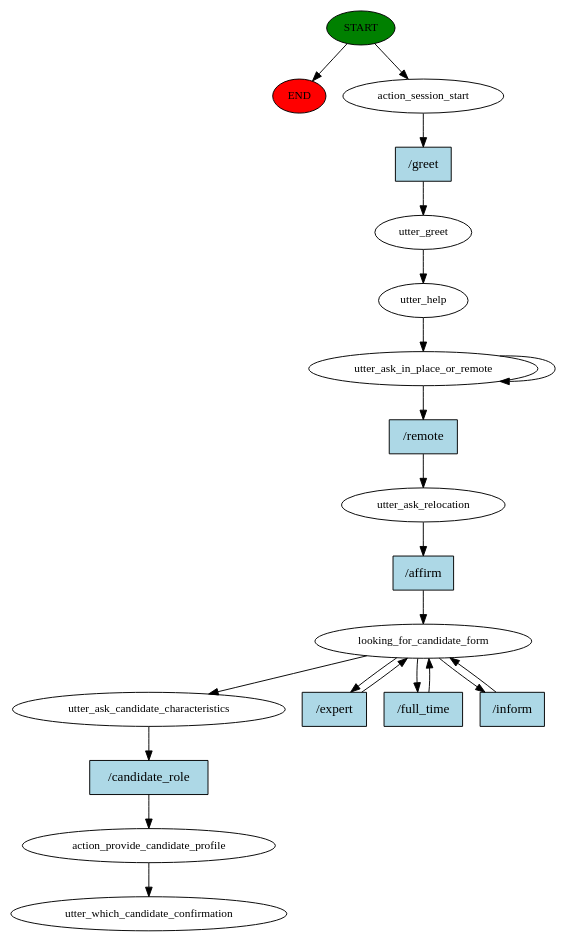
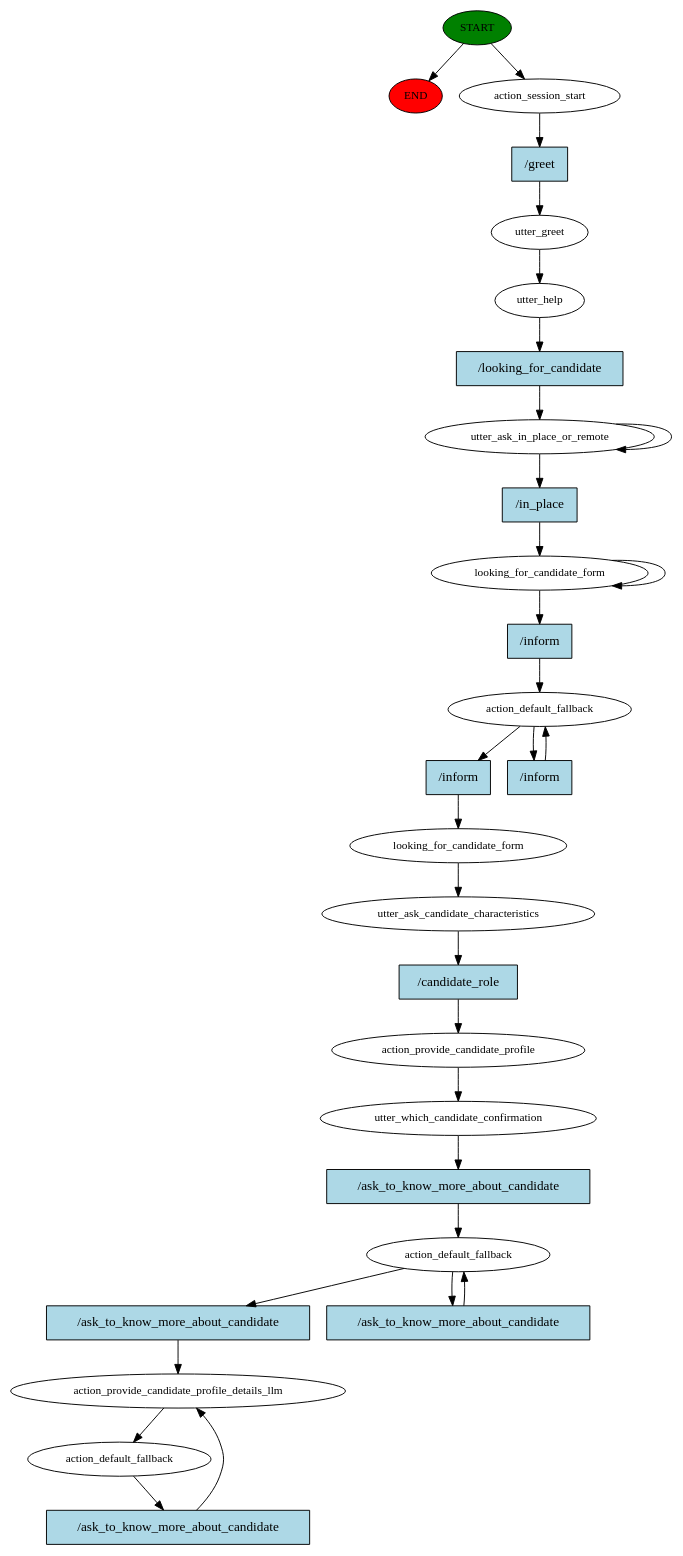
Before and after one commit to r1cc4r2o/Jobify: the diagram in src/story_graph.dot, drawn with Graphviz. The commit also changed 4 other files, not shown here.

```diff
--- a/src/story_graph.dot
+++ b/src/story_graph.dot
@@ -1,41 +1,58 @@
 digraph  {
 0 [class="start active", fillcolor=green, fontsize=12, label=START, style=filled];
 "-1" [class=end, fillcolor=red, fontsize=12, label=END, style=filled];
 1 [class=active, fontsize=12, label=action_session_start];
 2 [class=active, fontsize=12, label=utter_greet];
 3 [class=active, fontsize=12, label=utter_help];
 4 [class=active, fontsize=12, label=utter_ask_in_place_or_remote];
-6 [class=active, fontsize=12, label=utter_ask_relocation];
-7 [class=active, fontsize=12, label=looking_for_candidate_form];
-11 [class=active, fontsize=12, label=utter_ask_candidate_characteristics];
-12 [class=active, fontsize=12, label=action_provide_candidate_profile];
-13 [class="dashed active", fontsize=12, label=utter_which_candidate_confirmation];
-14 [class="intent active", fillcolor=lightblue, label="/greet", shape=rect, style=filled];
-15 [class="intent active", fillcolor=lightblue, label="/remote", shape=rect, style=filled];
-16 [class="intent active", fillcolor=lightblue, label="/affirm", shape=rect, style=filled];
-17 [class="intent active", fillcolor=lightblue, label="/expert", shape=rect, style=filled];
-18 [class="intent active", fillcolor=lightblue, label="/full_time", shape=rect, style=filled];
-19 [class="intent active", fillcolor=lightblue, label="/inform", shape=rect, style=filled];
-20 [class="intent active", fillcolor=lightblue, label="/candidate_role", shape=rect, style=filled];
+6 [class=active, fontsize=12, label=looking_for_candidate_form];
+10 [class=active, fontsize=12, label=action_default_fallback];
+12 [class=active, fontsize=12, label=looking_for_candidate_form];
+13 [class=active, fontsize=12, label=utter_ask_candidate_characteristics];
+14 [class=active, fontsize=12, label=action_provide_candidate_profile];
+15 [class=active, fontsize=12, label=utter_which_candidate_confirmation];
+16 [class=active, fontsize=12, label=action_default_fallback];
+18 [class=active, fontsize=12, label=action_provide_candidate_profile_details_llm];
+19 [class="active dashed", fontsize=12, label=action_default_fallback];
+22 [class="intent active", fillcolor=lightblue, label="/greet", shape=rect, style=filled];
+23 [class="intent active", fillcolor=lightblue, label="/looking_for_candidate", shape=rect, style=filled];
+24 [class="intent active", fillcolor=lightblue, label="/in_place", shape=rect, style=filled];
+25 [class="intent active", fillcolor=lightblue, label="/inform", shape=rect, style=filled];
+26 [class="intent active", fillcolor=lightblue, label="/inform", shape=rect, style=filled];
+27 [class="intent active", fillcolor=lightblue, label="/inform", shape=rect, style=filled];
+28 [class="intent active", fillcolor=lightblue, label="/candidate_role", shape=rect, style=filled];
+29 [class="intent active", fillcolor=lightblue, label="/ask_to_know_more_about_candidate", shape=rect, style=filled];
+30 [class="intent active", fillcolor=lightblue, label="/ask_to_know_more_about_candidate", shape=rect, style=filled];
+31 [class="intent active", fillcolor=lightblue, label="/ask_to_know_more_about_candidate", shape=rect, style=filled];
+32 [class="intent active", fillcolor=lightblue, label="/ask_to_know_more_about_candidate", shape=rect, style=filled];
 0 -> "-1"  [class="", key=NONE, label=""];
 0 -> 1  [class=active, key=NONE, label=""];
-1 -> 14  [class=active, key=0];
+1 -> 22  [class=active, key=0];
 2 -> 3  [class=active, key=NONE, label=""];
-3 -> 4  [class=active, key=NONE, label=""];
+3 -> 23  [class=active, key=0];
 4 -> 4  [class=active, key=NONE, label=""];
-4 -> 15  [class=active, key=0];
-6 -> 16  [class=active, key=0];
-7 -> 11  [class=active, key=NONE, label=""];
-7 -> 17  [class=active, key=0];
-7 -> 18  [class=active, key=0];
-7 -> 19  [class=active, key=0];
-11 -> 20  [class=active, key=0];
+4 -> 24  [class=active, key=0];
+6 -> 6  [class=active, key=NONE, label=""];
+6 -> 25  [class=active, key=0];
+10 -> 26  [class=active, key=0];
+10 -> 27  [class=active, key=0];
 12 -> 13  [class=active, key=NONE, label=""];
-14 -> 2  [class=active, key=0];
-15 -> 6  [class=active, key=0];
-16 -> 7  [class=active, key=0];
-17 -> 7  [class=active, key=0];
-18 -> 7  [class=active, key=0];
-19 -> 7  [class=active, key=0];
-20 -> 12  [class=active, key=0];
+13 -> 28  [class=active, key=0];
+14 -> 15  [class=active, key=NONE, label=""];
+15 -> 29  [class=active, key=0];
+16 -> 30  [class=active, key=0];
+16 -> 31  [class=active, key=0];
+18 -> 19  [class=active, key=NONE, label=""];
+19 -> 32  [class=active, key=0];
+22 -> 2  [class=active, key=0];
+23 -> 4  [class=active, key=0];
+24 -> 6  [class=active, key=0];
+25 -> 10  [class=active, key=0];
+26 -> 12  [class=active, key=0];
+27 -> 10  [class=active, key=0];
+28 -> 14  [class=active, key=0];
+29 -> 16  [class=active, key=0];
+30 -> 18  [class=active, key=0];
+31 -> 16  [class=active, key=0];
+32 -> 18  [class=active, key=0];
 }
```
